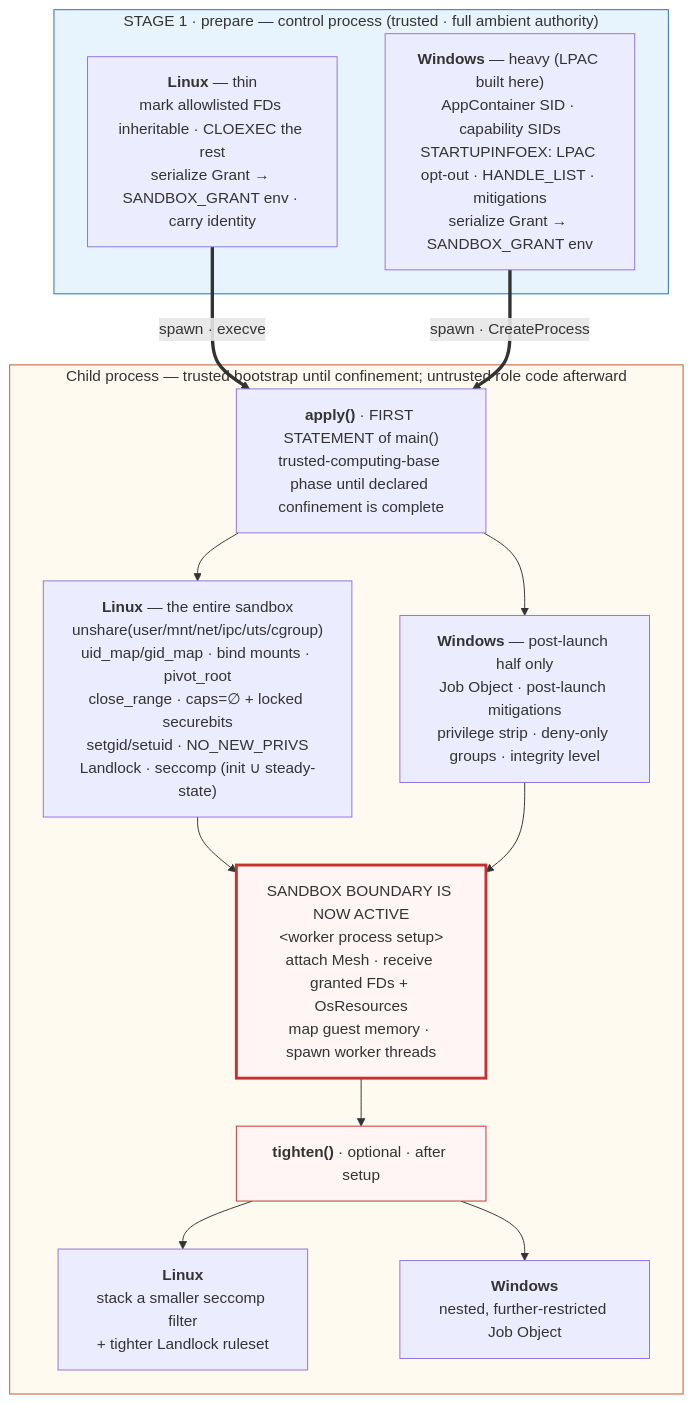
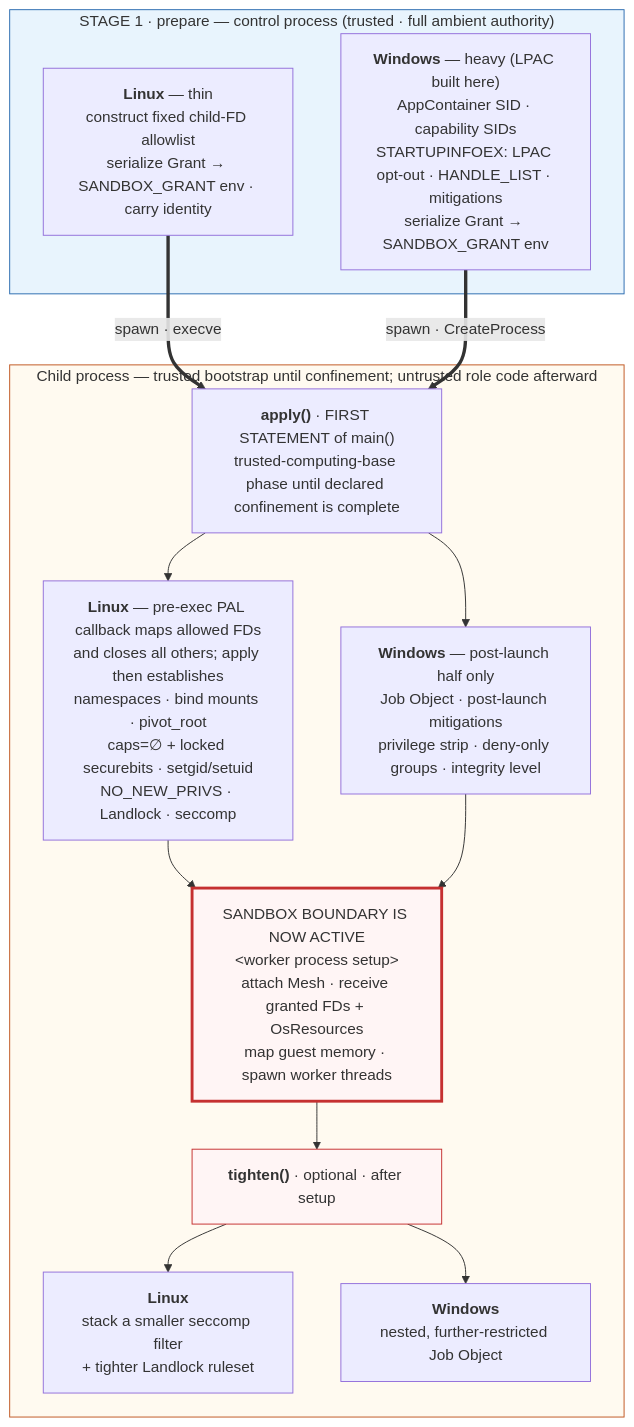
The second of 6 diagrams in support/sandbox/docs/Sandbox_design.md (iang-msft/openvmm), drawn with Mermaid before and after one commit. The commit also changed other lines of this file and 6 other files, not shown here.

````diff
--- a/support/sandbox/docs/Sandbox_design.md
+++ b/support/sandbox/docs/Sandbox_design.md
@@ -445,33 +445,33 @@
 ```mermaid
 graph TB
     subgraph CTRL["STAGE 1 · prepare — control process (trusted · full ambient authority)"]
-        PL["<b>Linux</b> — thin<br/>mark allowlisted FDs inheritable · CLOEXEC the rest<br/>serialize Grant → SANDBOX_GRANT env · carry identity"]
+        PL["<b>Linux</b> — thin<br/>construct fixed child-FD allowlist<br/>serialize Grant → SANDBOX_GRANT env · carry identity"]
         PW["<b>Windows</b> — heavy (LPAC built here)<br/>AppContainer SID · capability SIDs<br/>STARTUPINFOEX: LPAC opt-out · HANDLE_LIST · mitigations<br/>serialize Grant → SANDBOX_GRANT env"]
     end
 
     subgraph CHILD["Child process — trusted bootstrap until confinement; untrusted role code afterward"]
         AP["<b>apply()</b> · FIRST STATEMENT of main()<br/>trusted-computing-base phase until declared confinement is complete"]
-        APL["<b>Linux</b> — the entire sandbox<br/>unshare(user/mnt/net/ipc/uts/cgroup)<br/>uid_map/gid_map · bind mounts · pivot_root<br/>close_range · caps=∅ + locked securebits<br/>setgid/setuid · NO_NEW_PRIVS<br/>Landlock · seccomp (init ∪ steady-state)"]
+        APL["<b>Linux</b> — pre-exec PAL callback maps allowed FDs<br/>and closes all others; apply then establishes<br/>namespaces · bind mounts · pivot_root<br/>caps=∅ + locked securebits · setgid/setuid<br/>NO_NEW_PRIVS · Landlock · seccomp"]
         APW["<b>Windows</b> — post-launch half only<br/>Job Object · post-launch mitigations<br/>privilege strip · deny-only groups · integrity level"]
         SETUP["SANDBOX BOUNDARY IS NOW ACTIVE<br/>&lt;worker process setup&gt;<br/>attach Mesh · receive granted FDs + OsResources<br/>map guest memory · spawn worker threads"]
         TI["<b>tighten()</b> · optional · after setup"]
         TIL["<b>Linux</b><br/>stack a smaller seccomp filter<br/>+ tighter Landlock ruleset"]
         TIW["<b>Windows</b><br/>nested, further-restricted Job Object"]
 
         AP --> APL
         AP --> APW
         APL --> SETUP
         APW --> SETUP
         SETUP --> TI
         TI --> TIL
         TI --> TIW
     end
 
     PL ==>|spawn · execve| AP
     PW ==>|spawn · CreateProcess| AP
 
     style CTRL fill:#e8f4fd,stroke:#2b6cb0
     style CHILD fill:#fffaf0,stroke:#c05621
     style SETUP fill:#fff5f5,stroke:#c53030,stroke-width:3px
     style TI fill:#fff5f5,stroke:#c53030
 ```
````
